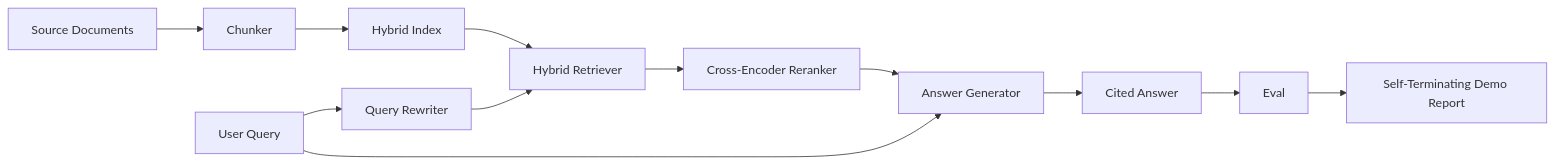
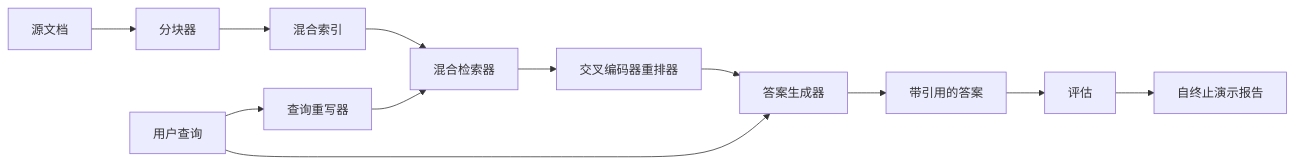
The diagram in lessons/19-capstone-projects/69-end-to-end-rag-system/docs/zh.md (guangningsun/ailearning), drawn with Mermaid before and after one commit. The commit also changed other lines of this file and 85 other files, not shown here.

````diff
--- a/lessons/19-capstone-projects/69-end-to-end-rag-system/docs/zh.md
+++ b/lessons/19-capstone-projects/69-end-to-end-rag-system/docs/zh.md
@@ -24,14 +25,14 @@
 ```mermaid
 flowchart LR
-  Corpus[Source Documents] --> Chunk[Chunker]
-  Chunk --> Index[Hybrid Index]
-  Query[User Query] --> Rewrite[Query Rewriter]
-  Rewrite --> Retrieve[Hybrid Retriever]
+  Corpus[源文档] --> Chunk[分块器]
+  Chunk --> Index[混合索引]
+  Query[用户查询] --> Rewrite[查询重写器]
+  Rewrite --> Retrieve[混合检索器]
   Index --> Retrieve
-  Retrieve --> Rerank[Cross-Encoder Reranker]
-  Rerank --> Gen[Answer Generator]
+  Retrieve --> Rerank[交叉编码器重排器]
+  Rerank --> Gen[答案生成器]
   Query --> Gen
-  Gen --> Answer[Cited Answer]
-  Answer --> Eval[Eval]
-  Eval --> Report[Self-Terminating Demo Report]
+  Gen --> Answer[带引用的答案]
+  Answer --> Eval[评估]
+  Eval --> Report[自终止演示报告]
 ```
````
